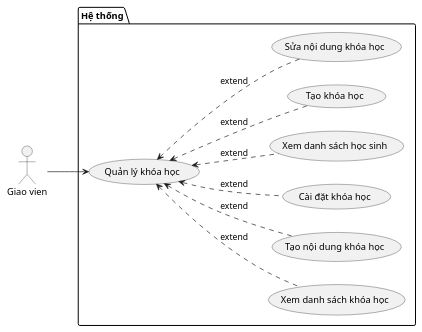
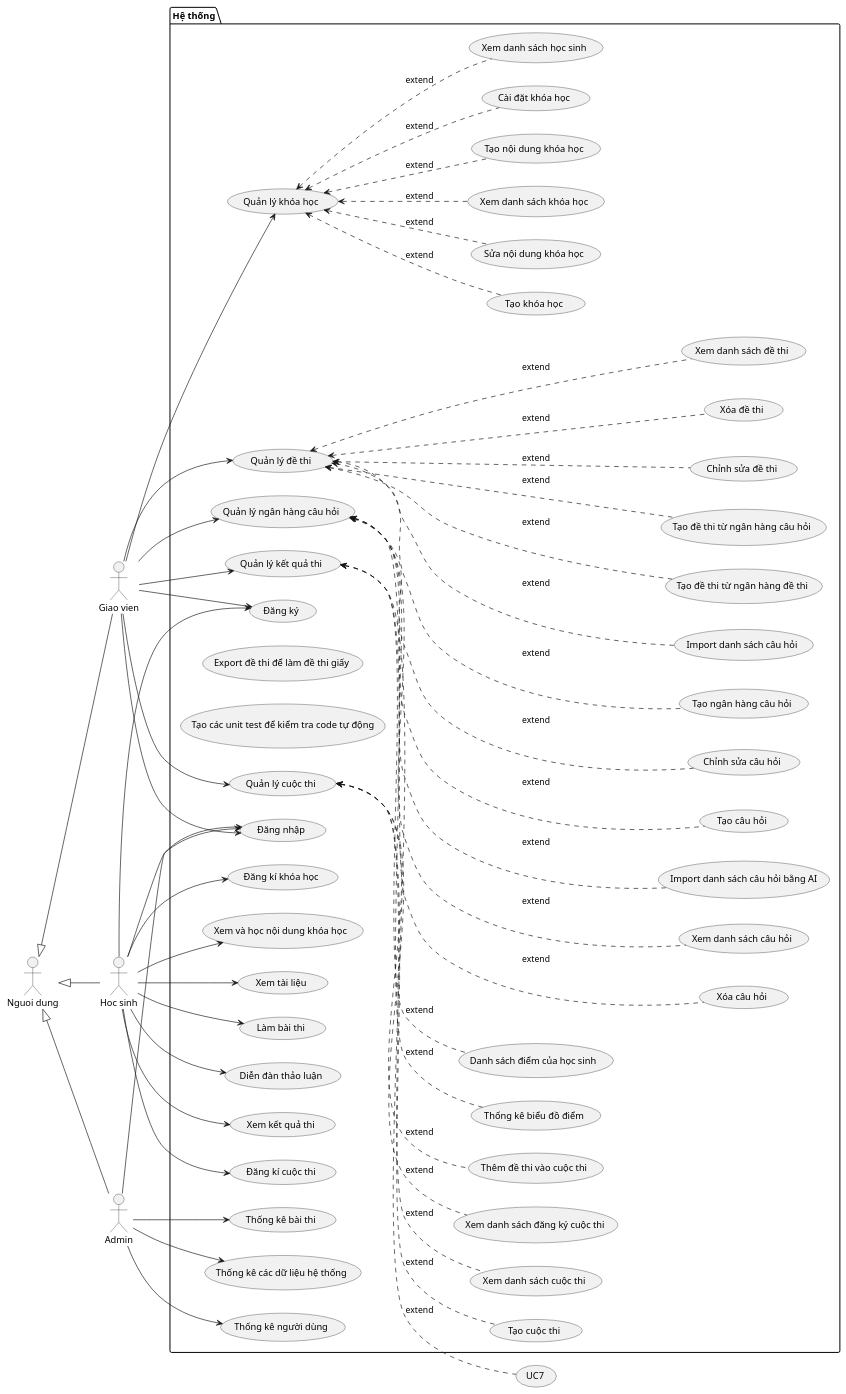
Before and after one commit to PhamCongMinh/DATN: the diagram in backend/design/usecase/usecase.puml, drawn with PlantUML. The commit also changed 4 other files, not shown here.

```diff
--- a/backend/design/usecase/usecase.puml
+++ b/backend/design/usecase/usecase.puml
@@ -1,122 +1,122 @@
 @startuml
 left to right direction
     package "Hệ thống" {
-'        (Đăng nhập) as (UC1)
-'        (Đăng ký) as (UC2)
+        (Đăng nhập) as (UC1)
+        (Đăng ký) as (UC2)
 
         (Quản lý khóa học) as (UC25)
         (Xem danh sách khóa học) as (UC3)
         (Tạo nội dung khóa học) as (UC4)
         (Cài đặt khóa học) as (UC5)
         (Xem danh sách học sinh) as (UC6)
         (Tạo khóa học) as (UC80)
          (Sửa nội dung khóa học) as (UC81)
 
-'        (Quản lý đề thi) as (UC26)
-'        (Tạo đề thi từ ngân hàng câu hỏi ) as (UC30)
-'        (Chỉnh sửa đề thi) as (UC31)
-'        (Xóa đề thi) as (UC32)
-'        (Xem danh sách đề thi) as (UC33)
-'        (Tạo ngân hàng câu hỏi) as (UC8)
-'        (Import danh sách câu hỏi) as (UC9)
-'        (Tạo đề thi từ ngân hàng đề thi) as (UC10)
+        (Quản lý đề thi) as (UC26)
+        (Tạo đề thi từ ngân hàng câu hỏi ) as (UC30)
+        (Chỉnh sửa đề thi) as (UC31)
+        (Xóa đề thi) as (UC32)
+        (Xem danh sách đề thi) as (UC33)
+        (Tạo ngân hàng câu hỏi) as (UC8)
+        (Import danh sách câu hỏi) as (UC9)
+        (Tạo đề thi từ ngân hàng đề thi) as (UC10)
 
-'        (Quản lý ngân hàng câu hỏi) as (UC11)
-'        (Tạo câu hỏi) as (UC40)
-'        (Chỉnh sửa câu hỏi) as (UC41)
-'        (Xóa câu hỏi) as (UC42)
-'        (Xem danh sách câu hỏi) as (UC43)
-'        (Import danh sách câu hỏi bằng AI) as (UC44)
-'        (Export đề thi để làm đề thi giấy) as (UC12)
-'        (Tạo các unit test để kiểm tra code tự động) as (UC13)
+        (Quản lý ngân hàng câu hỏi) as (UC11)
+        (Tạo câu hỏi) as (UC40)
+        (Chỉnh sửa câu hỏi) as (UC41)
+        (Xóa câu hỏi) as (UC42)
+        (Xem danh sách câu hỏi) as (UC43)
+        (Import danh sách câu hỏi bằng AI) as (UC44)
+        (Export đề thi để làm đề thi giấy) as (UC12)
+        (Tạo các unit test để kiểm tra code tự động) as (UC13)
+'
+        (Quản lý kết quả thi) as (UC27)
+        (Thống kê biểu đồ điểm) as (UC14)
+        (Danh sách điểm của học sinh ) as (UC15)
+'
+        (Đăng kí khóa học) as (UC16)
+        (Xem và học nội dung khóa học ) as (UC17)
+        (Xem tài liệu) as (UC18)
+        (Làm bài thi) as (UC19)
+        (Diễn đàn thảo luận) as (UC20)
+        (Xem kết quả thi) as (UC21)
+        (Đăng kí cuộc thi) as (UC70)
 
-'        (Quản lý kết quả thi) as (UC27)
-'        (Thống kê biểu đồ điểm) as (UC14)
-'        (Danh sách điểm của học sinh ) as (UC15)
+        (Thống kê người dùng) as (UC22)
+        (Thống kê bài thi) as (UC23)
+        (Thống kê các dữ liệu hệ thống) as (UC24)
 
-'        (Đăng kí khóa học) as (UC16)
-'        (Xem và học nội dung khóa học ) as (UC17)
-'        (Xem tài liệu) as (UC18)
-'        (Làm bài thi) as (UC19)
-'        (Diễn đàn thảo luận) as (UC20)
-'        (Xem kết quả thi) as (UC21)
-'        (Đăng kí cuộc thi) as (UC70)
-'
-'        (Thống kê người dùng) as (UC22)
-'        (Thống kê bài thi) as (UC23)
-'        (Thống kê các dữ liệu hệ thống) as (UC24)
-'
-'         (Quản lý cuộc thi) as (UC60)
-'         (Tạo cuộc thi) as (UC61)
-'         (Xem danh sách cuộc thi) as (UC62)
-'         (Xem danh sách đăng ký cuộc thi) as (UC63)
-'         (Thêm đề thi vào cuộc thi) as (UC64)
+         (Quản lý cuộc thi) as (UC60)
+         (Tạo cuộc thi) as (UC61)
+         (Xem danh sách cuộc thi) as (UC62)
+         (Xem danh sách đăng ký cuộc thi) as (UC63)
+         (Thêm đề thi vào cuộc thi) as (UC64)
     }
 
-'    actor "Nguoi dung" as ND
+    actor "Nguoi dung" as ND
     actor "Giao vien" as GV
-'    actor "Hoc sinh" as HS
-'    actor "Admin" as AD
+    actor "Hoc sinh" as HS
+    actor "Admin" as AD
 
-'    ND <|-- HS
-'    ND <|-- GV
-'    ND <|-- AD
-'
-'    HS --> (UC16)
-'    HS --> (UC17)
-''    HS --> (UC18)
-'    HS --> (UC19)
-'    HS --> (UC20)
-'    HS --> (UC21)
-'    HS --> (UC70)
-'
-'    HS --> (UC1)
-'    HS --> (UC2)
-'
-'    GV --> (UC1)
-'    GV --> (UC2)
-'
+    ND <|-- HS
+    ND <|-- GV
+    ND <|-- AD
+
+    HS --> (UC16)
+    HS --> (UC17)
+    HS --> (UC18)
+    HS --> (UC19)
+    HS --> (UC20)
+    HS --> (UC21)
+    HS --> (UC70)
+
+    HS --> (UC1)
+    HS --> (UC2)
+
+    GV --> (UC1)
+    GV --> (UC2)
+
     GV --> (UC25)
     (UC25) <.. (UC3): extend
     (UC25) <.. (UC4): extend
     (UC25) <.. (UC5): extend
     (UC25) <.. (UC6): extend
     (UC25) <.. (UC80): extend
     (UC25) <.. (UC81): extend
 
-'    GV --> (UC26)
-''    (UC26) <... (UC8): extend
-''    (UC26) <... (UC30): extend
-''    (UC26) <... (UC31): extend
-''    (UC26) <... (UC32): extend
-''    (UC26) <... (UC33): extend
-'
-'
-'    GV -->  (UC11)
-''    (UC26) <... (UC9): extend
-''    (UC26) <... (UC10): extend
-''    (UC11) <... (UC40): extend
-''    (UC11) <... (UC41): extend
-''    (UC11) <... (UC42): extend
-''    (UC11) <... (UC43): extend
-''    (UC11) <... (UC44): extend
-''
-'
-'    GV --> (UC27)
-'    (UC27) <.. (UC7): extend
-'    (UC27) <.. (UC14): extend
-'    (UC27) <.. (UC15): extend
-'
-'    GV --> (UC60)
-''    (UC60) <.. (UC61): extend
-''    (UC60) <.. (UC62): extend
-''    (UC60) <.. (UC63): extend
-''    (UC60) <.. (UC64): extend
-'
-'
-'    AD --> (UC1)
-'    AD --> (UC22)
-'    AD --> (UC23)
-'    AD --> (UC24)
+    GV --> (UC26)
+    (UC26) <... (UC8): extend
+    (UC26) <... (UC30): extend
+    (UC26) <... (UC31): extend
+    (UC26) <... (UC32): extend
+    (UC26) <... (UC33): extend
+
+
+    GV -->  (UC11)
+    (UC26) <... (UC9): extend
+    (UC26) <... (UC10): extend
+    (UC11) <... (UC40): extend
+    (UC11) <... (UC41): extend
+    (UC11) <... (UC42): extend
+    (UC11) <... (UC43): extend
+    (UC11) <... (UC44): extend
+
+
+    GV --> (UC27)
+    (UC27) <.. (UC7): extend
+    (UC27) <.. (UC14): extend
+    (UC27) <.. (UC15): extend
+
+    GV --> (UC60)
+    (UC60) <.. (UC61): extend
+    (UC60) <.. (UC62): extend
+    (UC60) <.. (UC63): extend
+    (UC60) <.. (UC64): extend
+
+
+    AD --> (UC1)
+    AD --> (UC22)
+    AD --> (UC23)
+    AD --> (UC24)
 
 @enduml
```
